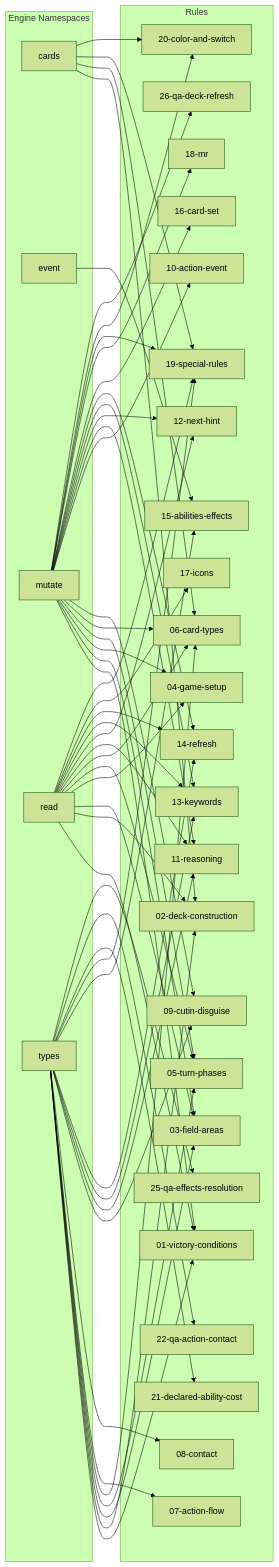
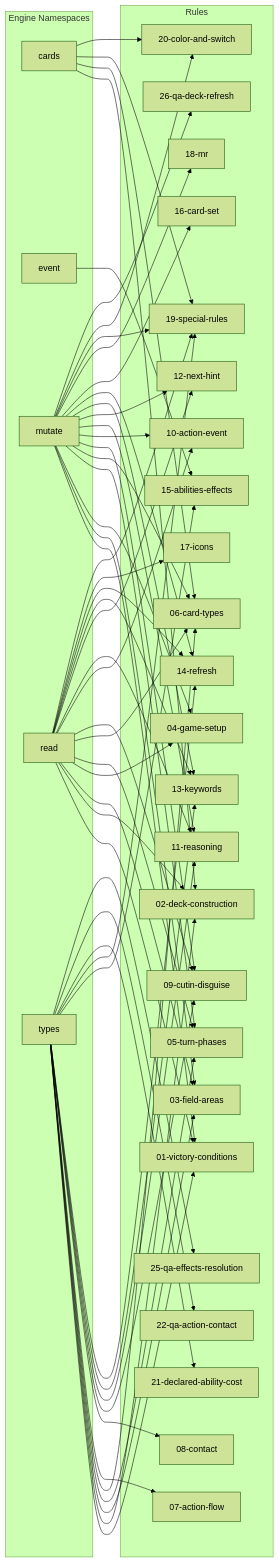
The diagram in .claude/auto/mapping/graph-rules-engine-core.md (orihekat78/TCGApp), drawn with Mermaid (forest theme) before and after one commit. The commit also changed other lines of this file and 84 other files, not shown here.

```diff
--- a/.claude/auto/mapping/graph-rules-engine-core.md
+++ b/.claude/auto/mapping/graph-rules-engine-core.md
@@ -68,6 +68,8 @@
   NS_read --> R_04_game_setup_md
   NS_read --> R_05_turn_phases_md
   NS_read --> R_06_card_types_md
+  NS_read --> R_09_cutin_disguise_md
+  NS_read --> R_10_action_event_md
   NS_read --> R_11_reasoning_md
   NS_read --> R_12_next_hint_md
   NS_read --> R_13_keywords_md
```
